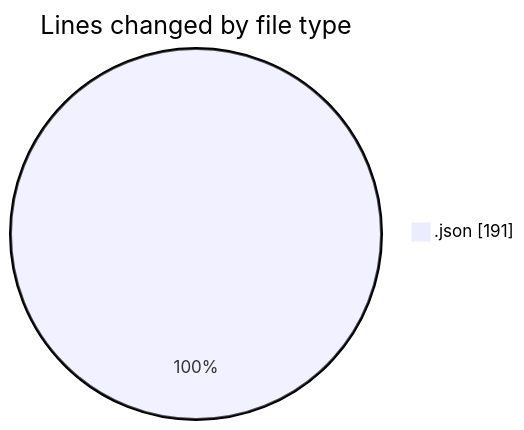
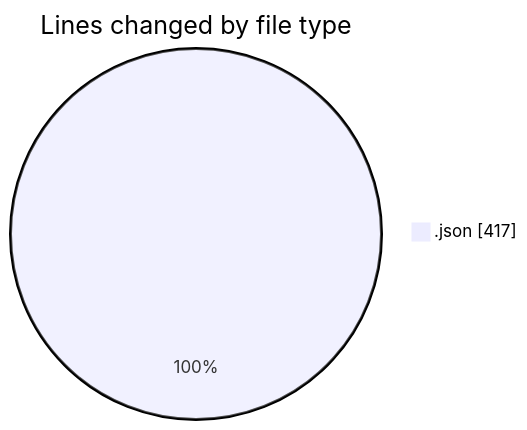
One commit to momahboobian/code-tracking changed the first of 2 diagrams in 2026-05-21/cda/README.md. Above: the diagram before and after it, drawn with Mermaid. The commit also changed other lines of this file and 1 other file, not shown here.

````diff
--- a/2026-05-21/cda/README.md
+++ b/2026-05-21/cda/README.md
@@ -20,5 +21,5 @@
 ```mermaid
 pie showData
 title Lines changed by file type
-".json" : 191
+".json" : 417
 ```
````
